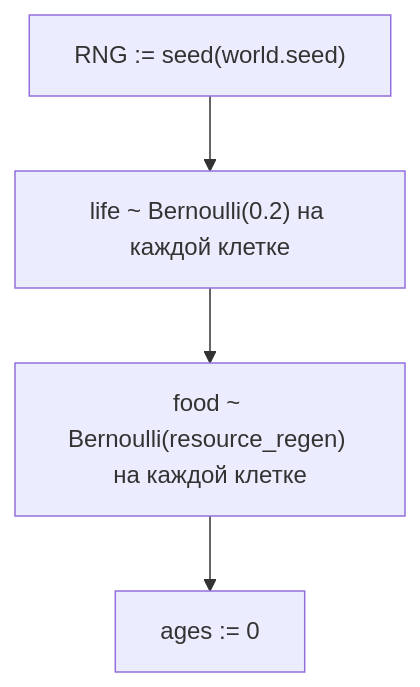
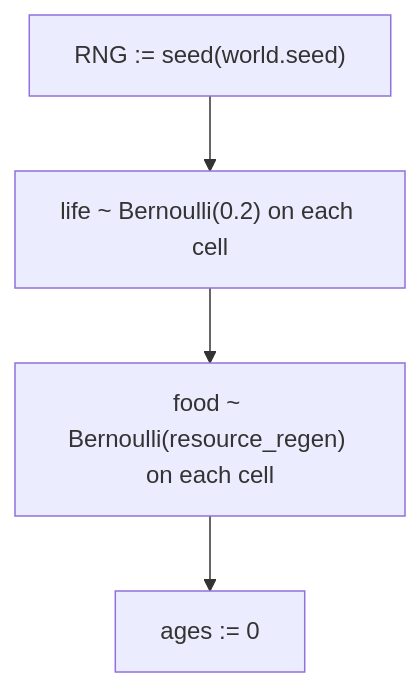
One commit to Starovoitov/LifeManifold changed the fourth of 8 diagrams in docs/WORLDSPACE.md. Above: the diagram before and after it, drawn with Mermaid. The commit also changed other lines of this file and 4 other files, not shown here.

````diff
--- a/docs/WORLDSPACE.md
+++ b/docs/WORLDSPACE.md
@@ -162,8 +163,8 @@
 ```mermaid
 flowchart TD
   A["RNG := seed(world.seed)"]
-  B["life ~ Bernoulli(0.2) на каждой клетке"]
-  C["food ~ Bernoulli(resource_regen) на каждой клетке"]
+  B["life ~ Bernoulli(0.2) on each cell"]
+  C["food ~ Bernoulli(resource_regen) on each cell"]
   D["ages := 0"]
   A --> B --> C --> D
 ```
````
